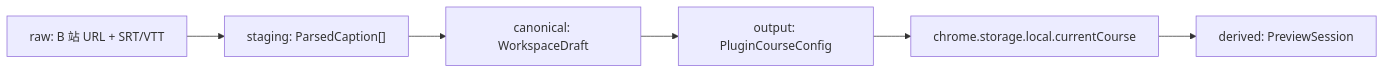
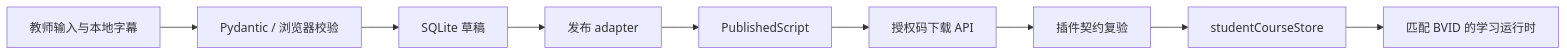
Before and after one commit to xiaobaiworld/lessonpilot: the diagram in doc/data-spec.md, drawn with Mermaid. The commit also changed other lines of this file and 43 other files, not shown here.

Commit message:
feat: finalize multi-course plugin delivery

````diff
--- a/doc/data-spec.md
+++ b/doc/data-spec.md
@@ -23,8 +321,11 @@
 ```mermaid
 flowchart LR
-  A["raw: B 站 URL + SRT/VTT"] --> B["staging: ParsedCaption[]"]
-  B --> C["canonical: WorkspaceDraft"]
-  C --> D["output: PluginCourseConfig"]
-  D --> E["chrome.storage.local.currentCourse"]
-  E --> F["derived: PreviewSession"]
+  A["教师输入与本地字幕"] --> B["Pydantic / 浏览器校验"]
+  B --> C["SQLite 草稿"]
+  C --> D["发布 adapter"]
+  D --> E["PublishedScript"]
+  E --> F["授权码下载 API"]
+  F --> G["插件契约复验"]
+  G --> H["studentCourseStore"]
+  H --> I["匹配 BVID 的学习运行时"]
 ```
````
